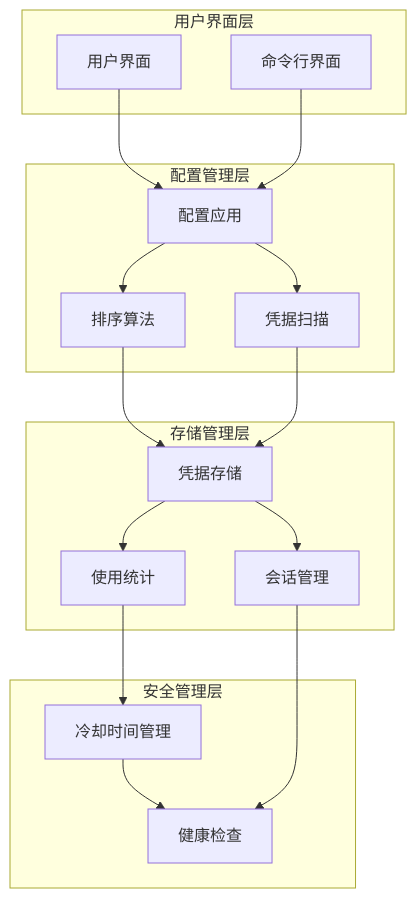
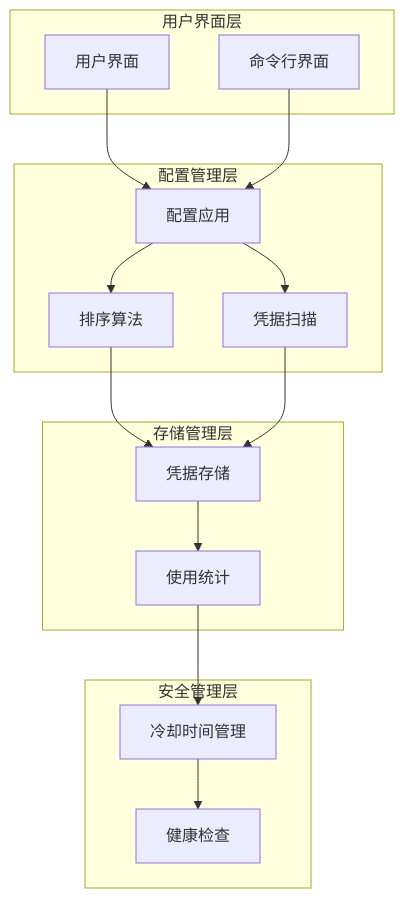
Before and after one commit to verse-ai-org/openclaw: the third of 9 diagrams in .qoder/repowiki/zh/content/Temporary Authentication Profiles.md, drawn with Mermaid. The commit also changed other lines of this file and 9 other files, not shown here.

````diff
--- a/.qoder/repowiki/zh/content/Temporary Authentication Profiles.md
+++ b/.qoder/repowiki/zh/content/Temporary Authentication Profiles.md
@@ -113,32 +118,29 @@
 ```mermaid
 graph TD
 subgraph "用户界面层"
 UI[用户界面]
 CLI[命令行界面]
 end
 subgraph "配置管理层"
 CFG[配置应用]
 ORD[排序算法]
 SCAN[凭据扫描]
 end
 subgraph "存储管理层"
 STORE[凭据存储]
 USAGE[使用统计]
-SESSION[会话管理]
 end
 subgraph "安全管理层"
 HEALTH[健康检查]
 COOLDOWN[冷却时间管理]
 end
 UI --> CFG
 CLI --> CFG
 CFG --> ORD
 CFG --> SCAN
 ORD --> STORE
 SCAN --> STORE
 STORE --> USAGE
-STORE --> SESSION
 USAGE --> COOLDOWN
 COOLDOWN --> HEALTH
-SESSION --> HEALTH
 ```
````
